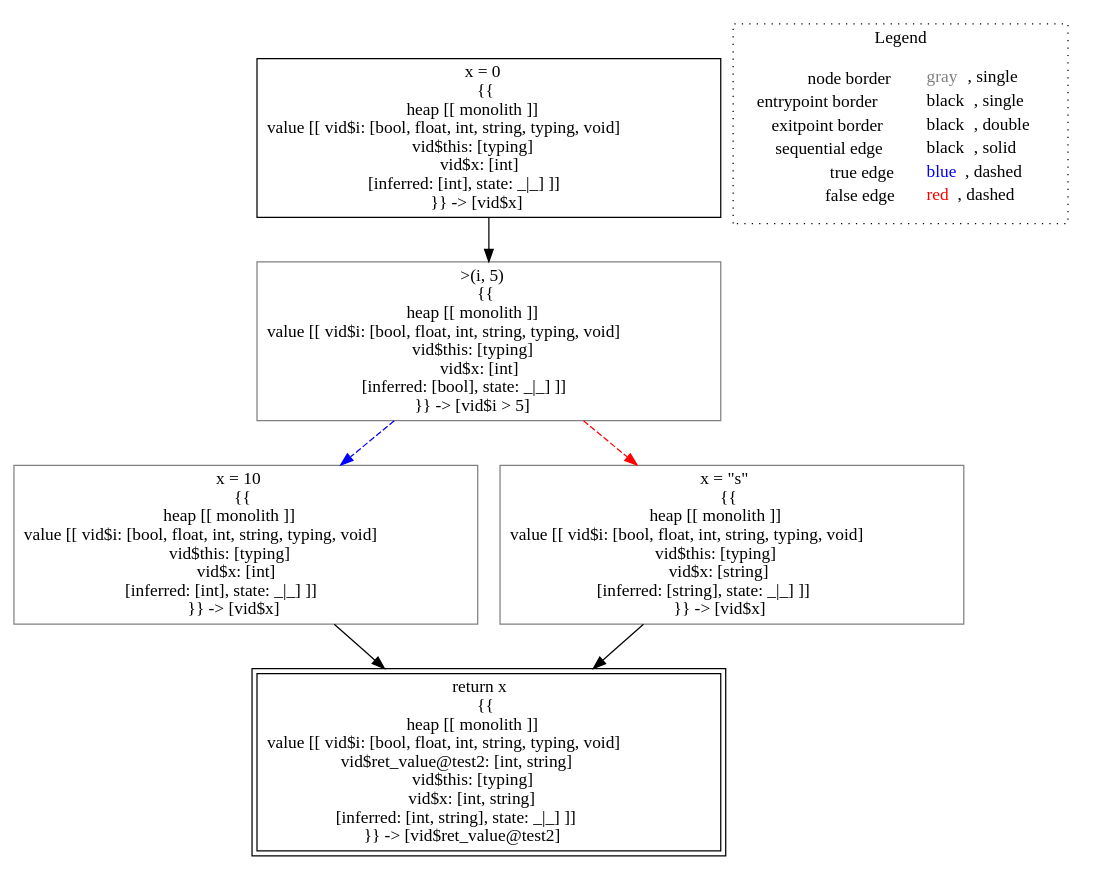
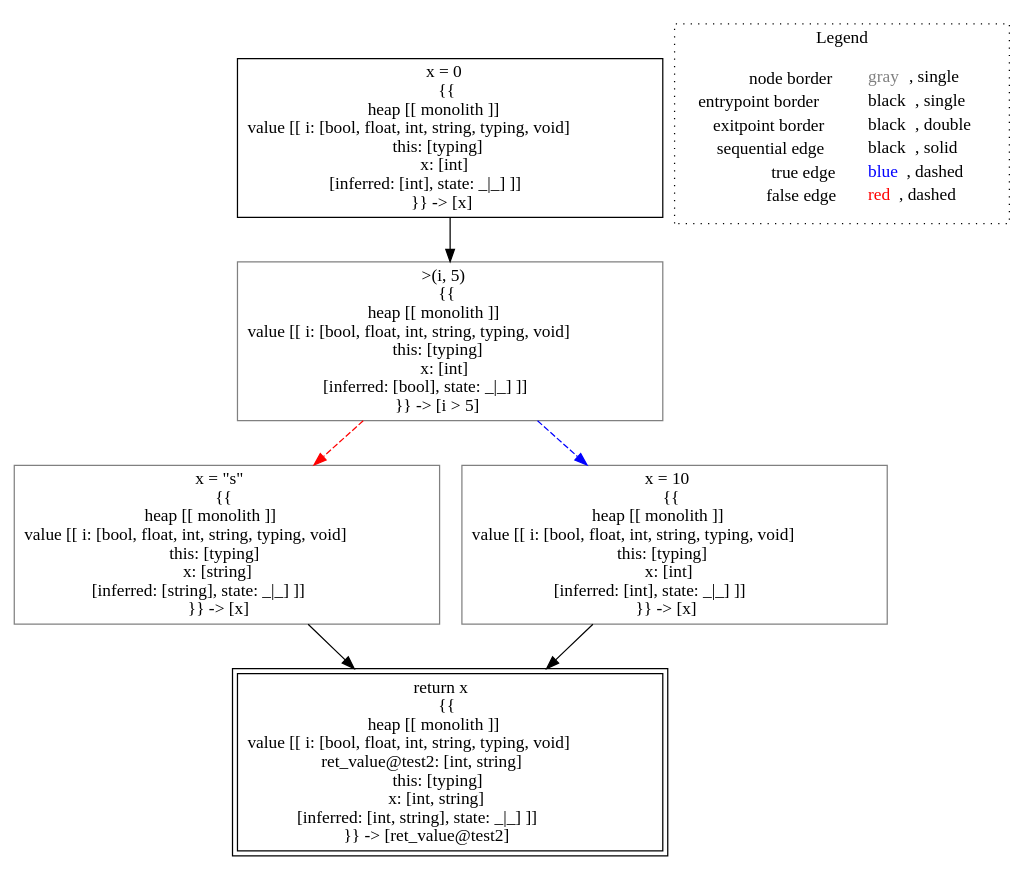
The diagram in lisa/imp-testcases/type-inference/typing___untyped_typing.test2(typing_this,_untyped_i).dot (lisa-analyzer/lisa), drawn with Graphviz before and after one commit. The commit also changed 65 other files, not shown here.

```diff
--- a/lisa/imp-testcases/type-inference/typing___untyped_typing.test2(typing_this,_untyped_i).dot
+++ b/lisa/imp-testcases/type-inference/typing___untyped_typing.test2(typing_this,_untyped_i).dot
@@ -1,19 +1,19 @@
 digraph {
-	"node0" [shape="rect",color="black",label=<x = 0<BR/>{{<BR/>heap [[ monolith ]]<BR/>value [[ vid$i: [bool, float, int, string, typing, void]<BR/>vid$this: [typing]<BR/>vid$x: [int]<BR/>[inferred: [int], state: _|_] ]]<BR/>}} -&gt; [vid$x]>];
-	"node1" [shape="rect",color="gray",label=<&gt;(i, 5)<BR/>{{<BR/>heap [[ monolith ]]<BR/>value [[ vid$i: [bool, float, int, string, typing, void]<BR/>vid$this: [typing]<BR/>vid$x: [int]<BR/>[inferred: [bool], state: _|_] ]]<BR/>}} -&gt; [vid$i &gt; 5]>];
-	"node2" [shape="rect",color="black",peripheries="2",label=<return x<BR/>{{<BR/>heap [[ monolith ]]<BR/>value [[ vid$i: [bool, float, int, string, typing, void]<BR/>vid$ret_value@test2: [int, string]<BR/>vid$this: [typing]<BR/>vid$x: [int, string]<BR/>[inferred: [int, string], state: _|_] ]]<BR/>}} -&gt; [vid$ret_value@test2]>];
-	"node3" [shape="rect",color="gray",label=<x = 10<BR/>{{<BR/>heap [[ monolith ]]<BR/>value [[ vid$i: [bool, float, int, string, typing, void]<BR/>vid$this: [typing]<BR/>vid$x: [int]<BR/>[inferred: [int], state: _|_] ]]<BR/>}} -&gt; [vid$x]>];
-	"node4" [shape="rect",color="gray",label=<x = &quot;s&quot;<BR/>{{<BR/>heap [[ monolith ]]<BR/>value [[ vid$i: [bool, float, int, string, typing, void]<BR/>vid$this: [typing]<BR/>vid$x: [string]<BR/>[inferred: [string], state: _|_] ]]<BR/>}} -&gt; [vid$x]>];
-	"node1" -> "node3" [color="blue",style="dashed"];
-	"node1" -> "node4" [color="red",style="dashed"];
+	"node0" [shape="rect",color="black",label=<x = 0<BR/>{{<BR/>heap [[ monolith ]]<BR/>value [[ i: [bool, float, int, string, typing, void]<BR/>this: [typing]<BR/>x: [int]<BR/>[inferred: [int], state: _|_] ]]<BR/>}} -&gt; [x]>];
+	"node1" [shape="rect",color="gray",label=<&gt;(i, 5)<BR/>{{<BR/>heap [[ monolith ]]<BR/>value [[ i: [bool, float, int, string, typing, void]<BR/>this: [typing]<BR/>x: [int]<BR/>[inferred: [bool], state: _|_] ]]<BR/>}} -&gt; [i &gt; 5]>];
+	"node2" [shape="rect",color="black",peripheries="2",label=<return x<BR/>{{<BR/>heap [[ monolith ]]<BR/>value [[ i: [bool, float, int, string, typing, void]<BR/>ret_value@test2: [int, string]<BR/>this: [typing]<BR/>x: [int, string]<BR/>[inferred: [int, string], state: _|_] ]]<BR/>}} -&gt; [ret_value@test2]>];
+	"node3" [shape="rect",color="gray",label=<x = &quot;s&quot;<BR/>{{<BR/>heap [[ monolith ]]<BR/>value [[ i: [bool, float, int, string, typing, void]<BR/>this: [typing]<BR/>x: [string]<BR/>[inferred: [string], state: _|_] ]]<BR/>}} -&gt; [x]>];
+	"node4" [shape="rect",color="gray",label=<x = 10<BR/>{{<BR/>heap [[ monolith ]]<BR/>value [[ i: [bool, float, int, string, typing, void]<BR/>this: [typing]<BR/>x: [int]<BR/>[inferred: [int], state: _|_] ]]<BR/>}} -&gt; [x]>];
+	"node0" -> "node1" [color="black"];
+	"node1" -> "node3" [color="red",style="dashed"];
+	"node1" -> "node4" [color="blue",style="dashed"];
 	"node3" -> "node2" [color="black"];
 	"node4" -> "node2" [color="black"];
-	"node0" -> "node1" [color="black"];
 subgraph cluster_legend {
 	label="Legend";
 	style=dotted;
 	node [shape=plaintext];
 	"legend" [label=<<table border="0" cellpadding="2" cellspacing="0" cellborder="0"><tr><td align="right">node border&nbsp;</td><td align="left"><font color="gray">gray</font>, single</td></tr><tr><td align="right">entrypoint border&nbsp;</td><td align="left"><font color="black">black</font>, single</td></tr><tr><td align="right">exitpoint border&nbsp;</td><td align="left"><font color="black">black</font>, double</td></tr><tr><td align="right">sequential edge&nbsp;</td><td align="left"><font color="black">black</font>, solid</td></tr><tr><td align="right">true edge&nbsp;</td><td align="left"><font color="blue">blue</font>, dashed</td></tr><tr><td align="right">false edge&nbsp;</td><td align="left"><font color="red">red</font>, dashed</td></tr></table>>];
 }
 
 }
```
